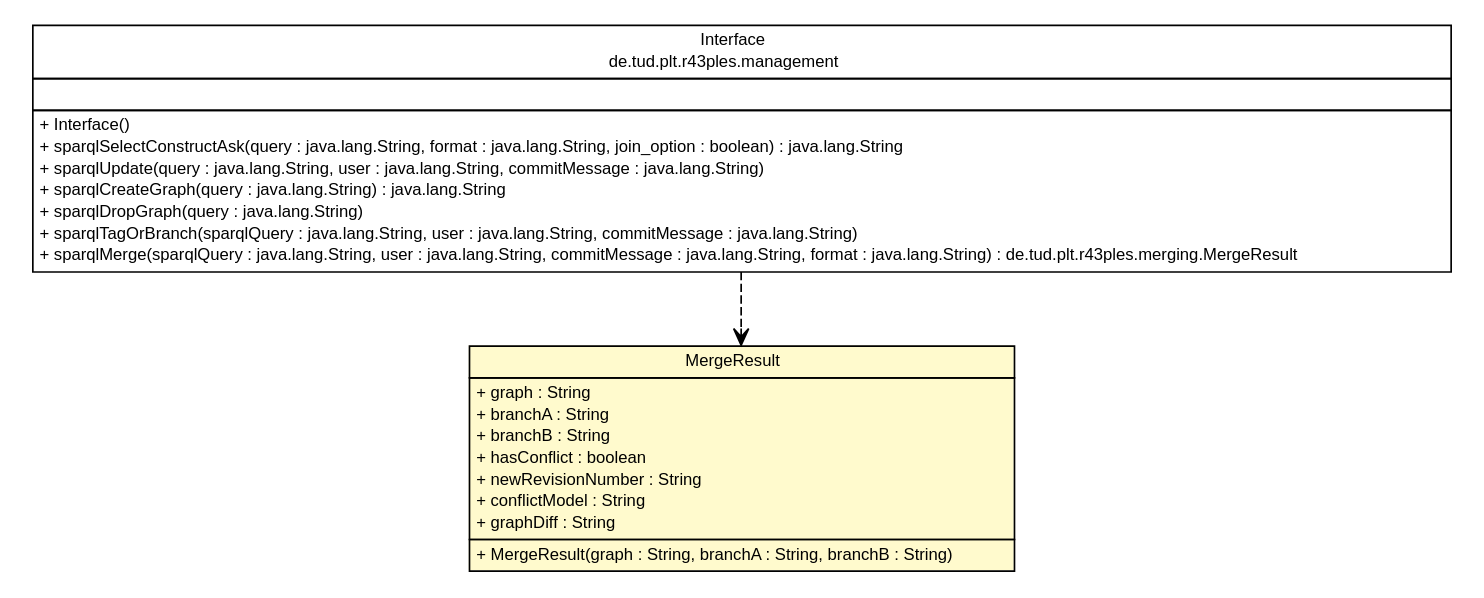
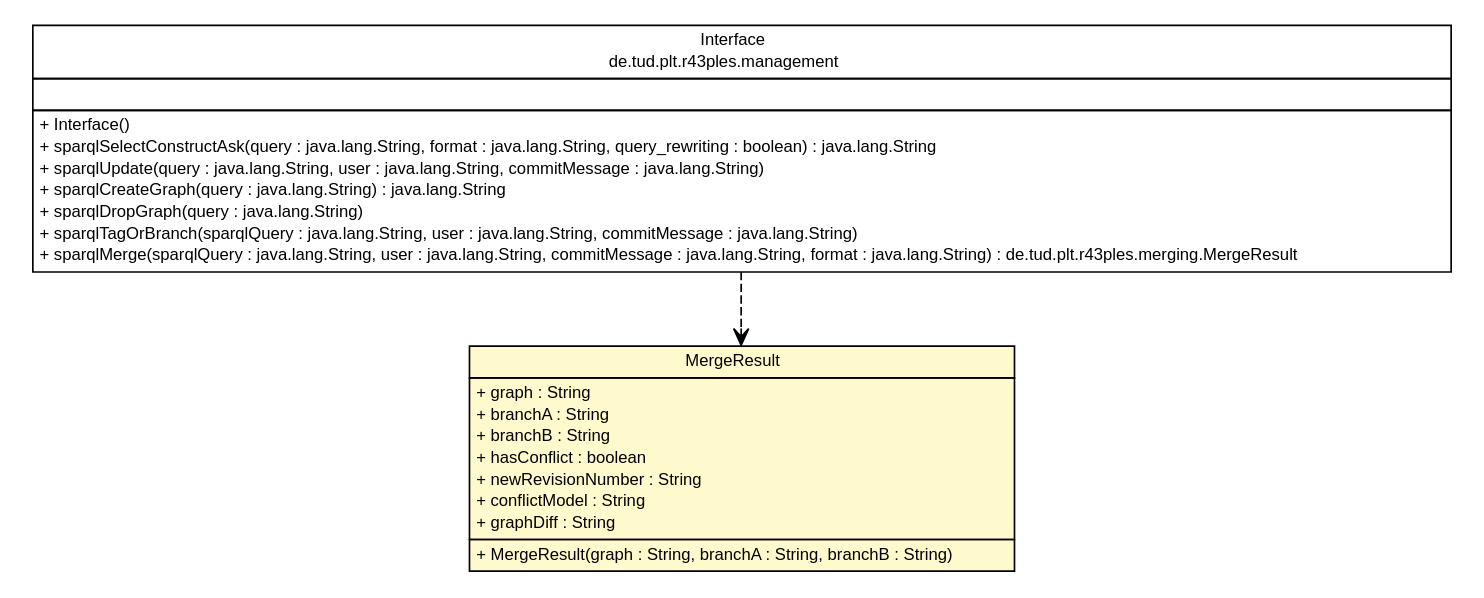
Before and after one commit to adrianorzyszek/r43ples: the diagram in site/apidocs/de/tud/plt/r43ples/merging/MergeResult.dot, drawn with Graphviz. The commit also changed 313 other files, not shown here.

```diff
--- a/site/apidocs/de/tud/plt/r43ples/merging/MergeResult.dot
+++ b/site/apidocs/de/tud/plt/r43ples/merging/MergeResult.dot
@@ -1,51 +1,51 @@
 #!/usr/local/bin/dot
 #
 # Class diagram 
 # Generated by UMLGraph version R5_6-24-gf6e263 (http://www.umlgraph.org/)
 #
 
 digraph G {
 	edge [fontname="Helvetica",fontsize=10,labelfontname="Helvetica",labelfontsize=10];
 	node [fontname="Helvetica",fontsize=10,shape=plaintext];
 	nodesep=0.25;
 	ranksep=0.5;
 	// de.tud.plt.r43ples.management.Interface
 	c3379 [label=<<table title="de.tud.plt.r43ples.management.Interface" border="0" cellborder="1" cellspacing="0" cellpadding="2" port="p" href="../management/Interface.html">
 		<tr><td><table border="0" cellspacing="0" cellpadding="1">
 <tr><td align="center" balign="center"> Interface </td></tr>
 <tr><td align="center" balign="center"> de.tud.plt.r43ples.management </td></tr>
 		</table></td></tr>
 		<tr><td><table border="0" cellspacing="0" cellpadding="1">
 <tr><td align="left" balign="left">  </td></tr>
 		</table></td></tr>
 		<tr><td><table border="0" cellspacing="0" cellpadding="1">
 <tr><td align="left" balign="left"> + Interface() </td></tr>
-<tr><td align="left" balign="left"> + sparqlSelectConstructAsk(query : java.lang.String, format : java.lang.String, join_option : boolean) : java.lang.String </td></tr>
+<tr><td align="left" balign="left"> + sparqlSelectConstructAsk(query : java.lang.String, format : java.lang.String, query_rewriting : boolean) : java.lang.String </td></tr>
 <tr><td align="left" balign="left"> + sparqlUpdate(query : java.lang.String, user : java.lang.String, commitMessage : java.lang.String) </td></tr>
 <tr><td align="left" balign="left"> + sparqlCreateGraph(query : java.lang.String) : java.lang.String </td></tr>
 <tr><td align="left" balign="left"> + sparqlDropGraph(query : java.lang.String) </td></tr>
 <tr><td align="left" balign="left"> + sparqlTagOrBranch(sparqlQuery : java.lang.String, user : java.lang.String, commitMessage : java.lang.String) </td></tr>
 <tr><td align="left" balign="left"> + sparqlMerge(sparqlQuery : java.lang.String, user : java.lang.String, commitMessage : java.lang.String, format : java.lang.String) : de.tud.plt.r43ples.merging.MergeResult </td></tr>
 		</table></td></tr>
 		</table>>, URL="../management/Interface.html", fontname="Helvetica", fontcolor="black", fontsize=10.0];
 	// de.tud.plt.r43ples.merging.MergeResult
 	c3388 [label=<<table title="de.tud.plt.r43ples.merging.MergeResult" border="0" cellborder="1" cellspacing="0" cellpadding="2" port="p" bgcolor="lemonChiffon" href="./MergeResult.html">
 		<tr><td><table border="0" cellspacing="0" cellpadding="1">
 <tr><td align="center" balign="center"> MergeResult </td></tr>
 		</table></td></tr>
 		<tr><td><table border="0" cellspacing="0" cellpadding="1">
 <tr><td align="left" balign="left"> + graph : String </td></tr>
 <tr><td align="left" balign="left"> + branchA : String </td></tr>
 <tr><td align="left" balign="left"> + branchB : String </td></tr>
 <tr><td align="left" balign="left"> + hasConflict : boolean </td></tr>
 <tr><td align="left" balign="left"> + newRevisionNumber : String </td></tr>
 <tr><td align="left" balign="left"> + conflictModel : String </td></tr>
 <tr><td align="left" balign="left"> + graphDiff : String </td></tr>
 		</table></td></tr>
 		<tr><td><table border="0" cellspacing="0" cellpadding="1">
 <tr><td align="left" balign="left"> + MergeResult(graph : String, branchA : String, branchB : String) </td></tr>
 		</table></td></tr>
 		</table>>, URL="./MergeResult.html", fontname="Helvetica", fontcolor="black", fontsize=10.0];
 	// de.tud.plt.r43ples.management.Interface DEPEND de.tud.plt.r43ples.merging.MergeResult
 	c3379:p -> c3388:p [taillabel="", label="", headlabel="", fontname="Helvetica", fontcolor="black", fontsize=10.0, color="black", arrowhead=open, style=dashed];
 }
```
